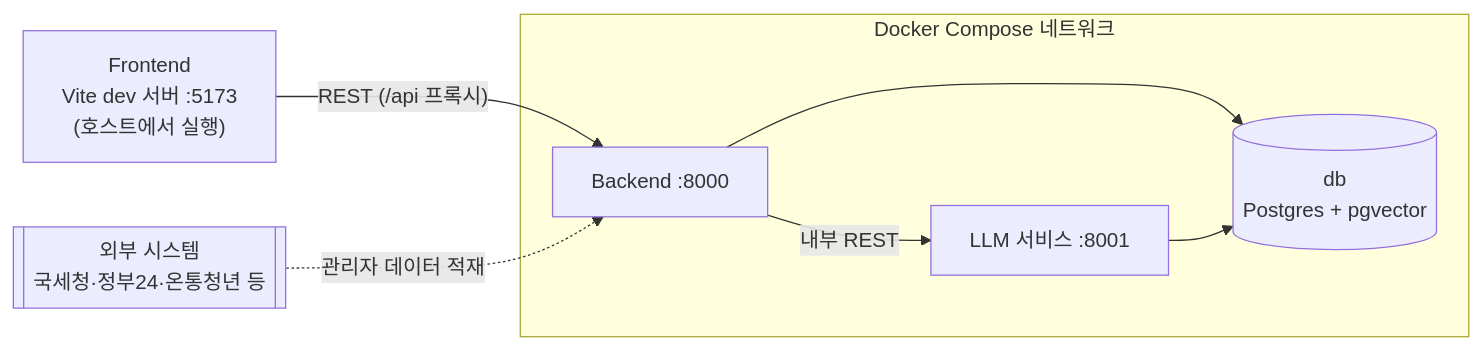
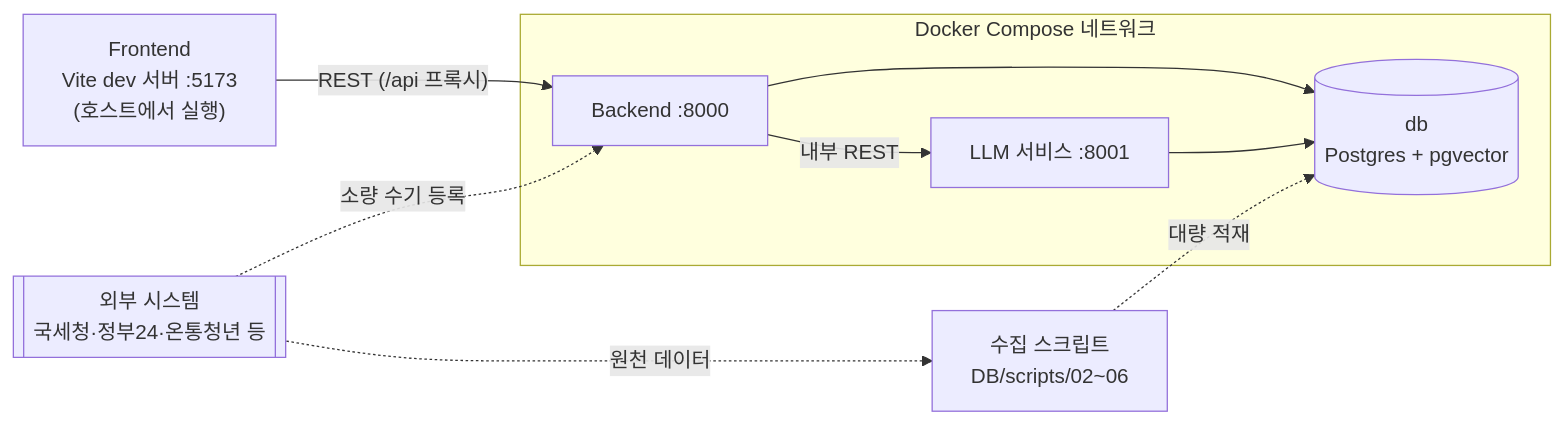
Before and after one commit to SKNETWORKS-FAMILY-AICAMP/SKN34-3rd-3Team: the first of 2 diagrams in Docs/Design/ARCHITECTURE.md, drawn with Mermaid. The commit also changed other lines of this file and 11 other files, not shown here.

````diff
--- a/Docs/Design/ARCHITECTURE.md
+++ b/Docs/Design/ARCHITECTURE.md
@@ -7,18 +7,21 @@
 ```mermaid
 flowchart LR
     FE["Frontend<br/>Vite dev 서버 :5173<br/>(호스트에서 실행)"]
 
     subgraph Docker["Docker Compose 네트워크"]
         BE["Backend :8000"]
         LLM["LLM 서비스 :8001"]
         DB[("db<br/>Postgres + pgvector")]
     end
 
     Ext[["외부 시스템<br/>국세청·정부24·온통청년 등"]]
+    Scripts["수집 스크립트<br/>DB/scripts/02~06"]
 
     FE -->|"REST (/api 프록시)"| BE
     BE -->|내부 REST| LLM
     BE --> DB
     LLM --> DB
-    Ext -. 관리자 데이터 적재 .-> BE
+    Ext -. 원천 데이터 .-> Scripts
+    Scripts -. 대량 적재 .-> DB
+    Ext -. 소량 수기 등록 .-> BE
 ```
````
